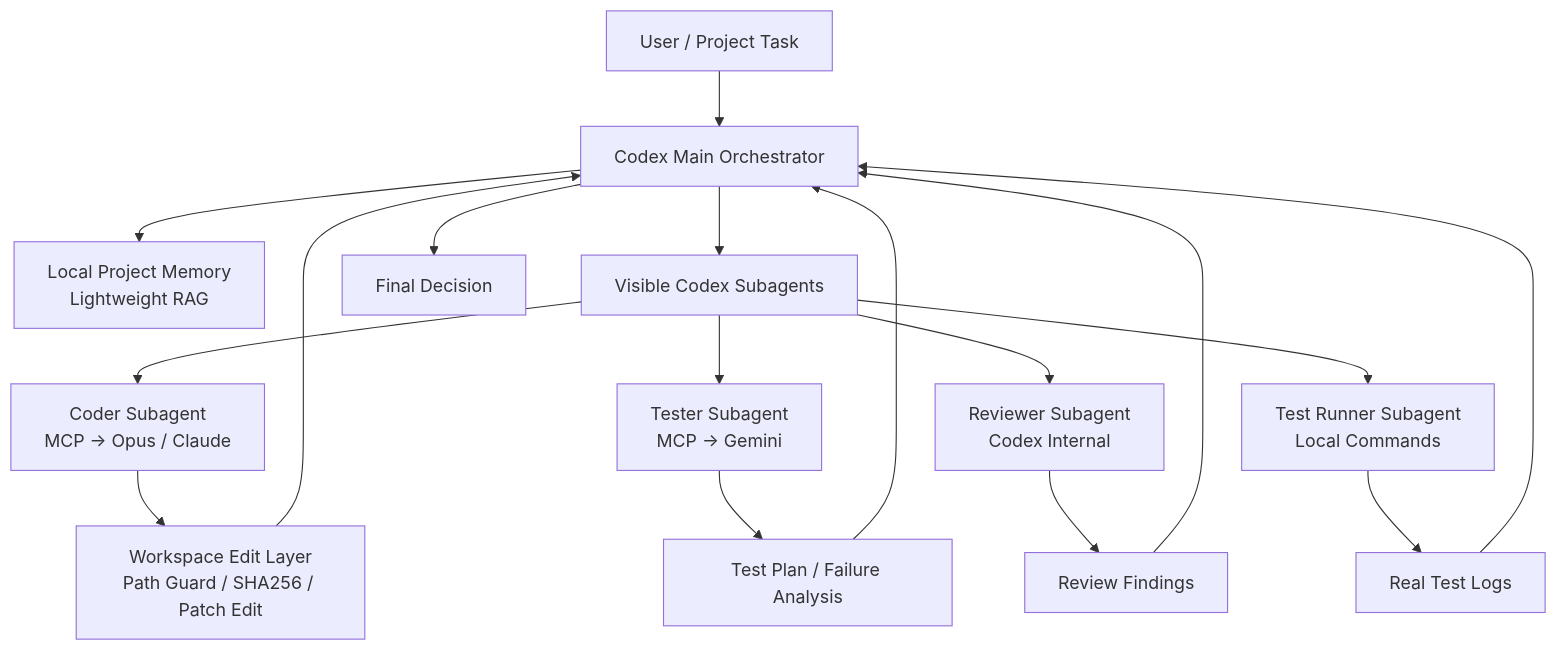
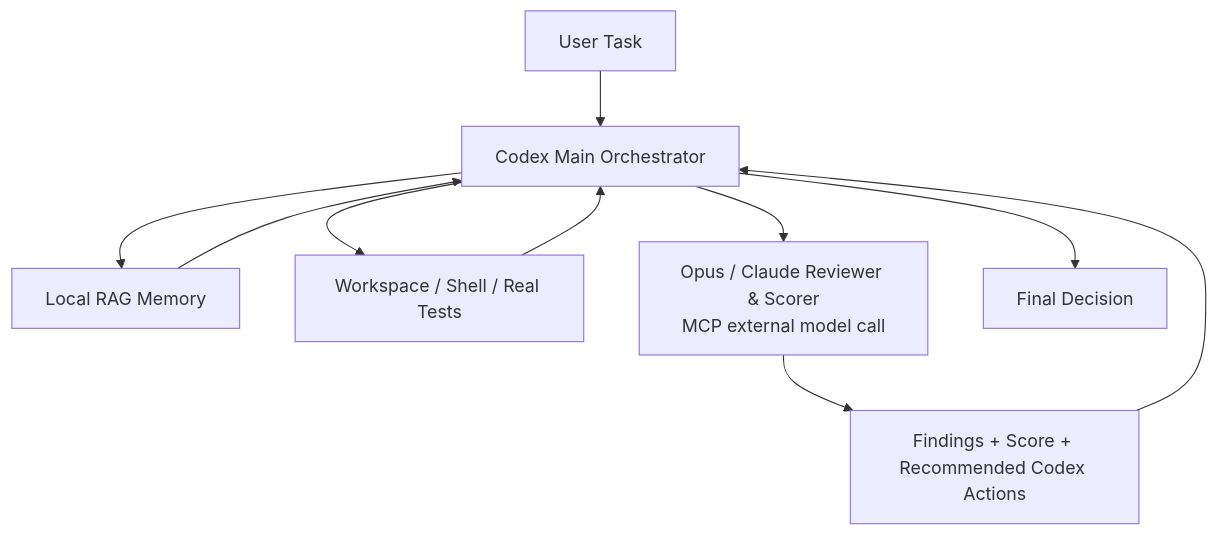
Before and after one commit to su94-X/AI-Agent-Swarm: the diagram in README.md, drawn with Mermaid. The commit also changed other lines of this file and 34 other files, not shown here.

````diff
--- a/README.md
+++ b/README.md
@@ -39,19 +45,12 @@
 ```mermaid
 flowchart TD
-  U["User / Project Task"] --> C["Codex Main Orchestrator"]
-  C --> R["Local Project Memory<br/>Lightweight RAG"]
-  C --> S["Visible Codex Subagents"]
-  S --> CO["Coder Subagent<br/>MCP -> Opus / Claude"]
-  S --> TE["Tester Subagent<br/>MCP -> Gemini"]
-  S --> RV["Reviewer Subagent<br/>Codex Internal"]
-  S --> TR["Test Runner Subagent<br/>Local Commands"]
-  CO --> W["Workspace Edit Layer<br/>Path Guard / SHA256 / Patch Edit"]
-  TE --> P["Test Plan / Failure Analysis"]
-  RV --> F["Review Findings"]
-  TR --> L["Real Test Logs"]
+  U["User Task"] --> C["Codex Main Orchestrator"]
+  C --> R["Local RAG Memory"]
+  C --> W["Workspace / Shell / Real Tests"]
+  C --> O["Opus / Claude Reviewer & Scorer<br/>MCP external model call"]
+  O --> F["Findings + Score + Recommended Codex Actions"]
+  F --> C
   W --> C
-  P --> C
-  F --> C
-  L --> C
+  R --> C
   C --> D["Final Decision"]
 ```
````
